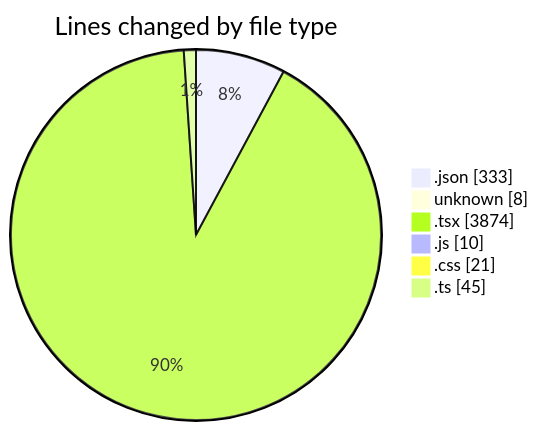
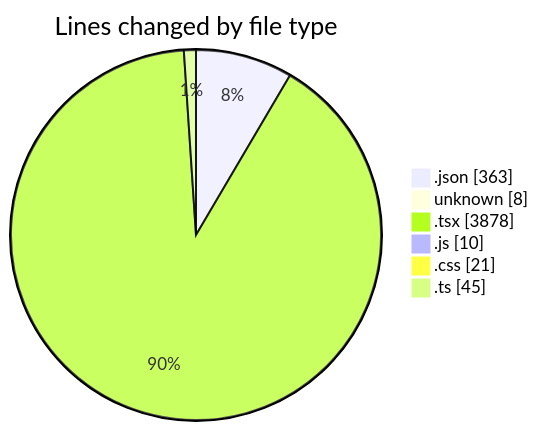
The first of 2 diagrams in 2025-05-02/niten/README.md (Elitesun/code-tracking), drawn with Mermaid before and after one commit. The commit also changed other lines of this file and 1 other file, not shown here.

````diff
--- a/2025-05-02/niten/README.md
+++ b/2025-05-02/niten/README.md
@@ -51,10 +53,10 @@
 ```mermaid
 pie showData
 title Lines changed by file type
-".json" : 333
+".json" : 363
 "unknown" : 8
-".tsx" : 3874
+".tsx" : 3878
 ".js" : 10
 ".css" : 21
 ".ts" : 45
 ```
````
